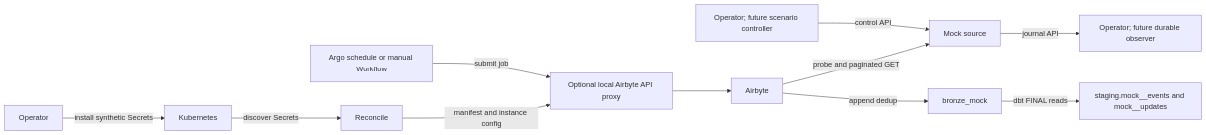
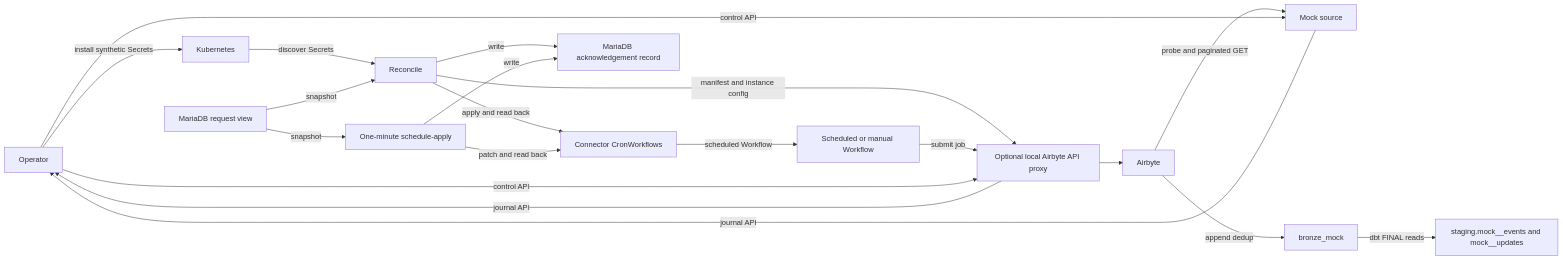
The diagram in docs/testing/SCHEDULING-HARNESS.md (constructorfabric/insight), drawn with Mermaid before and after one commit. The commit also changed other lines of this file and 1 other file, not shown here.

````diff
--- a/docs/testing/SCHEDULING-HARNESS.md
+++ b/docs/testing/SCHEDULING-HARNESS.md
@@ -25,13 +56,22 @@
 ```mermaid
 flowchart LR
     Operator -->|install synthetic Secrets| Kubernetes
     Kubernetes -->|discover Secrets| Reconcile
     Reconcile -->|manifest and instance config| Proxy[Optional local Airbyte API proxy]
+    MariaDB[MariaDB request view] -->|snapshot| Reconcile
+    MariaDB -->|snapshot| Apply[One-minute schedule-apply]
+    Reconcile -->|apply and read back| Cron[Connector CronWorkflows]
+    Apply -->|patch and read back| Cron
+    Reconcile -->|write| Ack[MariaDB acknowledgement record]
+    Apply -->|write| Ack
     Proxy --> Airbyte
-    Schedule[Argo schedule or manual Workflow] -->|submit job| Proxy
+    Cron -->|scheduled Workflow| Schedule[Scheduled or manual Workflow]
+    Schedule -->|submit job| Proxy
     Airbyte -->|probe and paginated GET| Source[Mock source]
     Airbyte -->|append dedup| Bronze[bronze_mock]
     Bronze -->|dbt FINAL reads| Staging[staging.mock__events and mock__updates]
-    Controller[Operator; future scenario controller] -->|control API| Source
-    Source -->|journal API| Observer[Operator; future durable observer]
+    Operator -->|control API| Source
+    Operator -->|control API| Proxy
+    Source -->|journal API| Operator
+    Proxy -->|journal API| Operator
 ```
````
